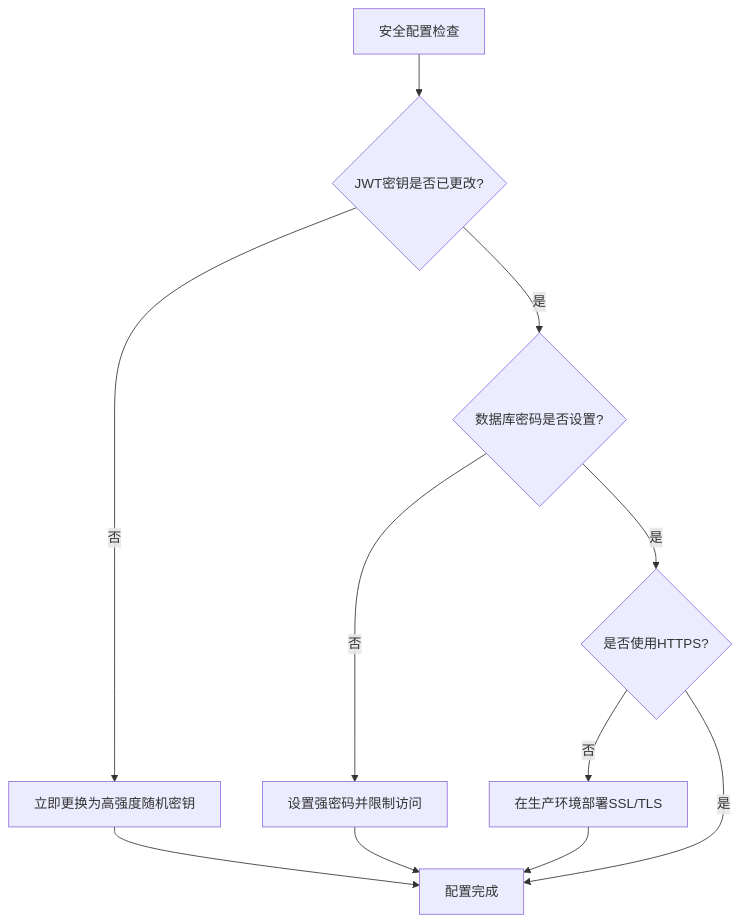
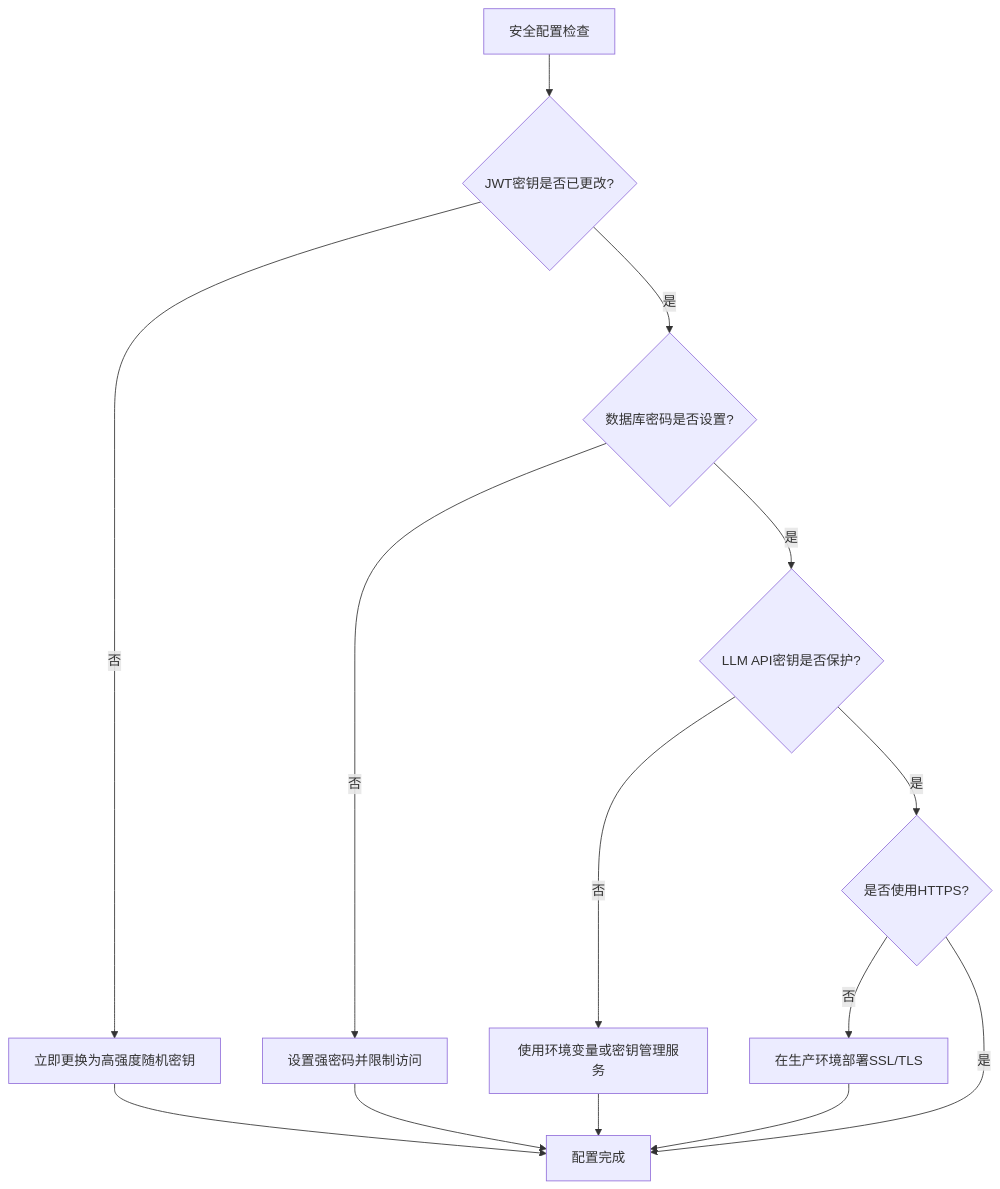
The fourth of 5 diagrams in .qoder/repowiki/zh/content/配置管理.md (aidanguan/testserver), drawn with Mermaid before and after one commit. The commit also changed other lines of this file and 91 other files, not shown here.

````diff
--- a/.qoder/repowiki/zh/content/配置管理.md
+++ b/.qoder/repowiki/zh/content/配置管理.md
@@ -177,13 +196,16 @@
 ```mermaid
 flowchart TD
 A["安全配置检查"] --> B{"JWT密钥是否已更改?"}
 B --> |否| C["立即更换为高强度随机密钥"]
 B --> |是| D{"数据库密码是否设置?"}
 D --> |否| E["设置强密码并限制访问"]
-D --> |是| F{"是否使用HTTPS?"}
-F --> |否| G["在生产环境部署SSL/TLS"]
-F --> |是| H["配置完成"]
-C --> H
-E --> H
-G --> H
+D --> |是| F{"LLM API密钥是否保护?"}
+F --> |否| G["使用环境变量或密钥管理服务"]
+F --> |是| H{"是否使用HTTPS?"}
+H --> |否| I["在生产环境部署SSL/TLS"]
+H --> |是| J["配置完成"]
+C --> J
+E --> J
+G --> J
+I --> J
 ```
````
